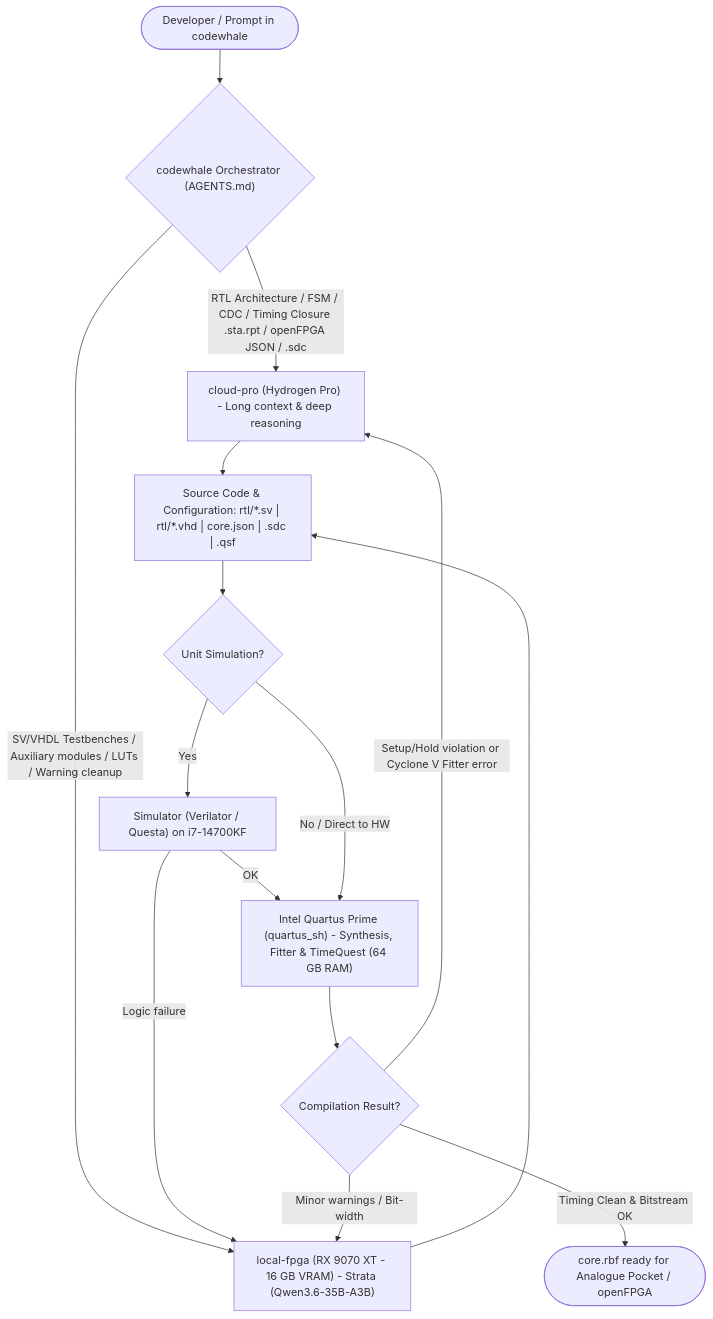
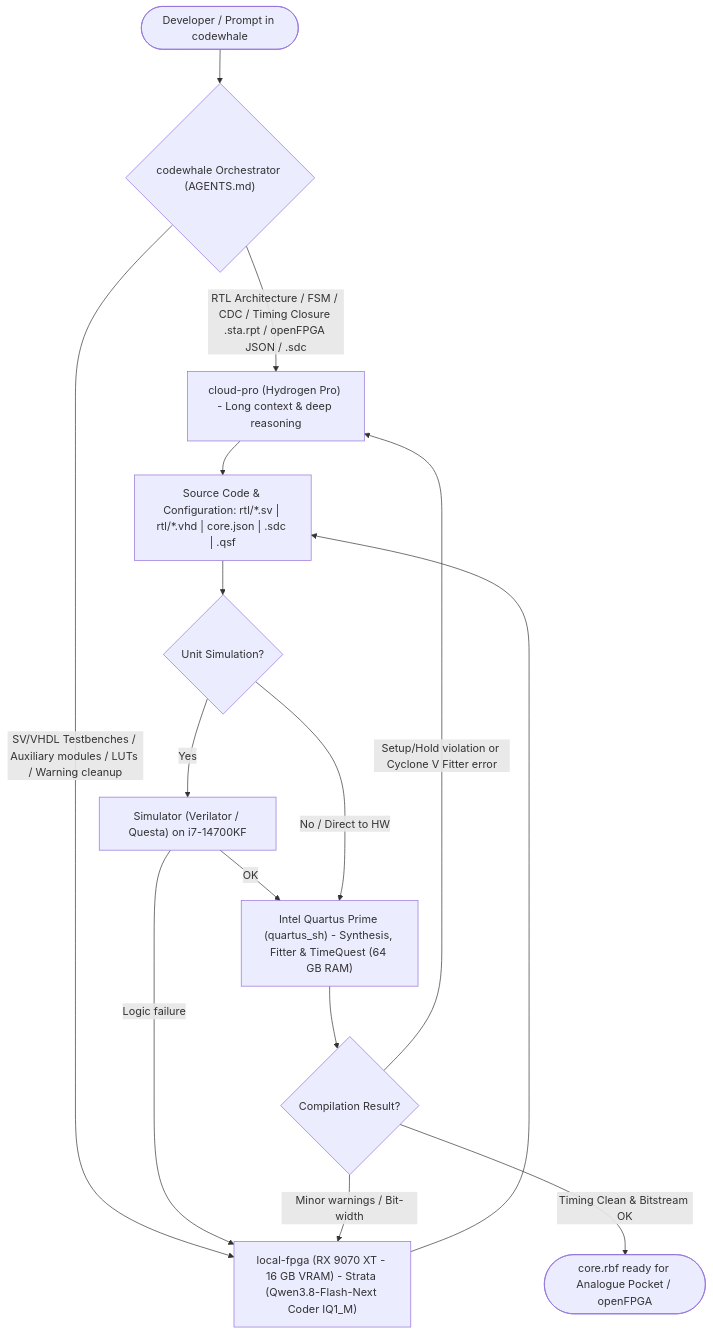
One commit to DanimanX/9070FpgaIAWorkflow changed the third of 3 diagrams in docs/ai-fpga-workflow.md. Above: the diagram before and after it, drawn with Mermaid. The commit also changed other lines of this file and 2 other files, not shown here.

Commit message:
Update README, AGENTS, and workflow docs for Strata Coder IQ1_M setup

````diff
--- a/docs/ai-fpga-workflow.md
+++ b/docs/ai-fpga-workflow.md
@@ -85,27 +85,27 @@
 ```mermaid
 flowchart TD
     Dev(["Developer / Prompt in codewhale"]) --> CW{"codewhale Orchestrator (AGENTS.md)"}
 
     %% Cloud Branch
     CW -->|"RTL Architecture / FSM / CDC / Timing Closure .sta.rpt / openFPGA JSON / .sdc"| Cloud["cloud-pro (Hydrogen Pro) - Long context & deep reasoning"]
 
     %% Local Branch
-    CW -->|"SV/VHDL Testbenches / Auxiliary modules / LUTs / Warning cleanup"| Local["local-fpga (RX 9070 XT - 16 GB VRAM) - Strata (Qwen3.6-35B-A3B)"]
+    CW -->|"SV/VHDL Testbenches / Auxiliary modules / LUTs / Warning cleanup"| Local["local-fpga (RX 9070 XT - 16 GB VRAM) - Strata (Qwen3.8-Flash-Next Coder IQ1_M)"]
 
     %% Convergence in code
     Cloud --> RTL["Source Code & Configuration: rtl/*.sv | rtl/*.vhd | core.json | .sdc | .qsf"]
     Local --> RTL
 
     %% Verification & Synthesis Flow
     RTL --> Sim{"Unit Simulation?"}
     Sim -->|"Yes"| Verilator["Simulator (Verilator / Questa) on i7-14700KF"]
     Verilator -->|"Logic failure"| Local
     Verilator -->|"OK"| Quartus
 
     Sim -->|"No / Direct to HW"| Quartus["Intel Quartus Prime (quartus_sh) - Synthesis, Fitter & TimeQuest (64 GB RAM)"]
 
     Quartus --> Check{"Compilation Result?"}
     Check -->|"Minor warnings / Bit-width"| Local
     Check -->|"Setup/Hold violation or Cyclone V Fitter error"| Cloud
     Check -->|"Timing Clean & Bitstream OK"| Bitstream(["core.rbf ready for Analogue Pocket / openFPGA"])
 ```
````
